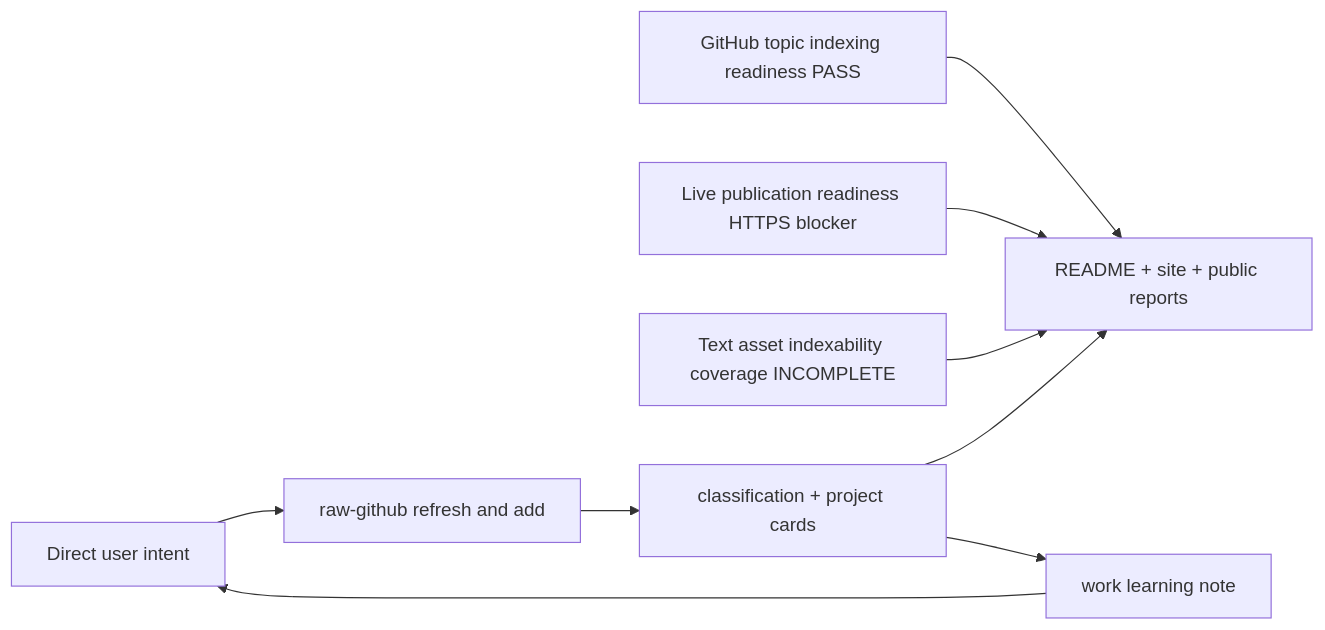
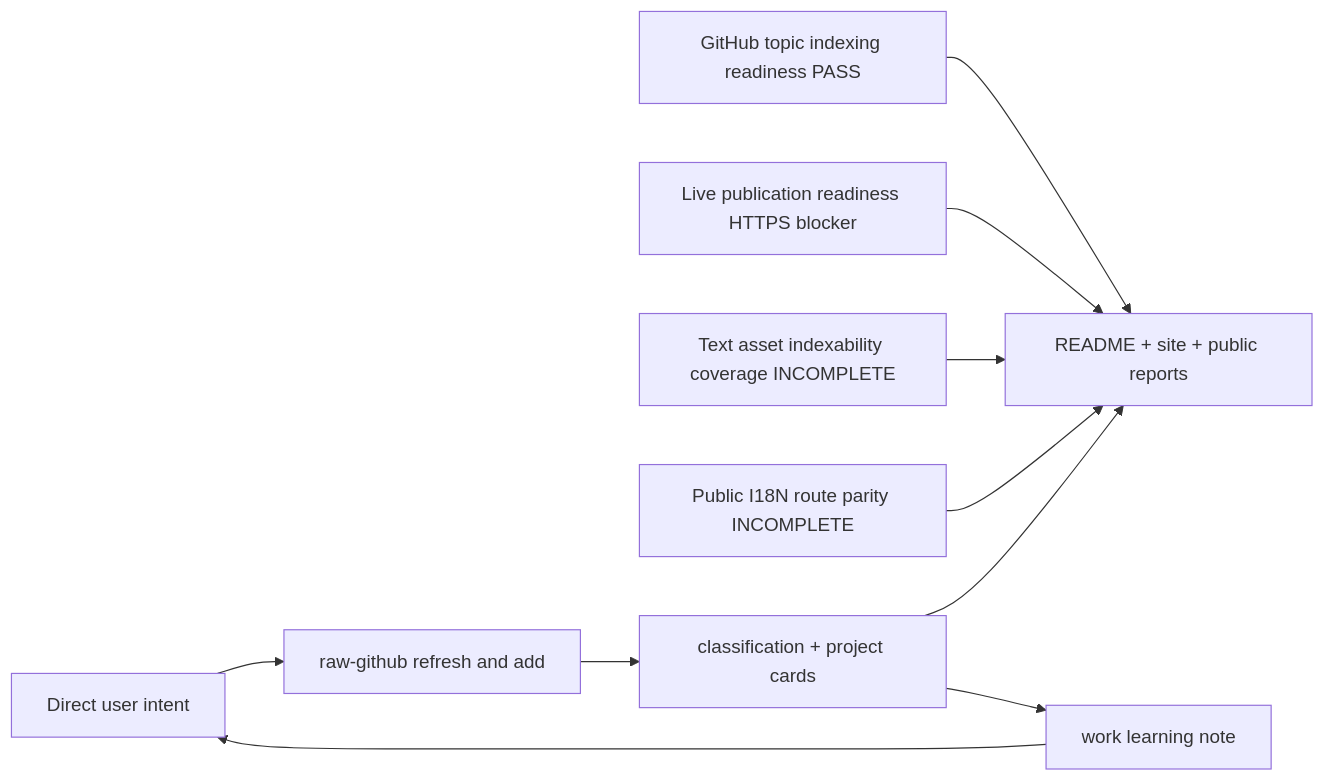
One commit to Shiyao-Huang/awesome-agent-evolution changed the diagram in .mermaid/current/graph.mmd. Above: the diagram before and after it, drawn with Mermaid. The commit also changed 32 other files, not shown here.

```diff
--- a/.mermaid/current/graph.mmd
+++ b/.mermaid/current/graph.mmd
@@ -1,9 +1,10 @@
 flowchart LR
   INTENT["Direct user intent"] --> RAW["raw-github refresh and add"]
   TOPIC["GitHub topic indexing readiness PASS"] --> SITE["README + site + public reports"]
   HTTPS["Live publication readiness HTTPS blocker"] --> SITE
   TEXT["Text asset indexability coverage INCOMPLETE"] --> SITE
+  I18N["Public I18N route parity INCOMPLETE"] --> SITE
   RAW --> PROC["classification + project cards"]
   PROC --> SITE
   PROC --> NOTE["work learning note"]
   NOTE --> INTENT
```
